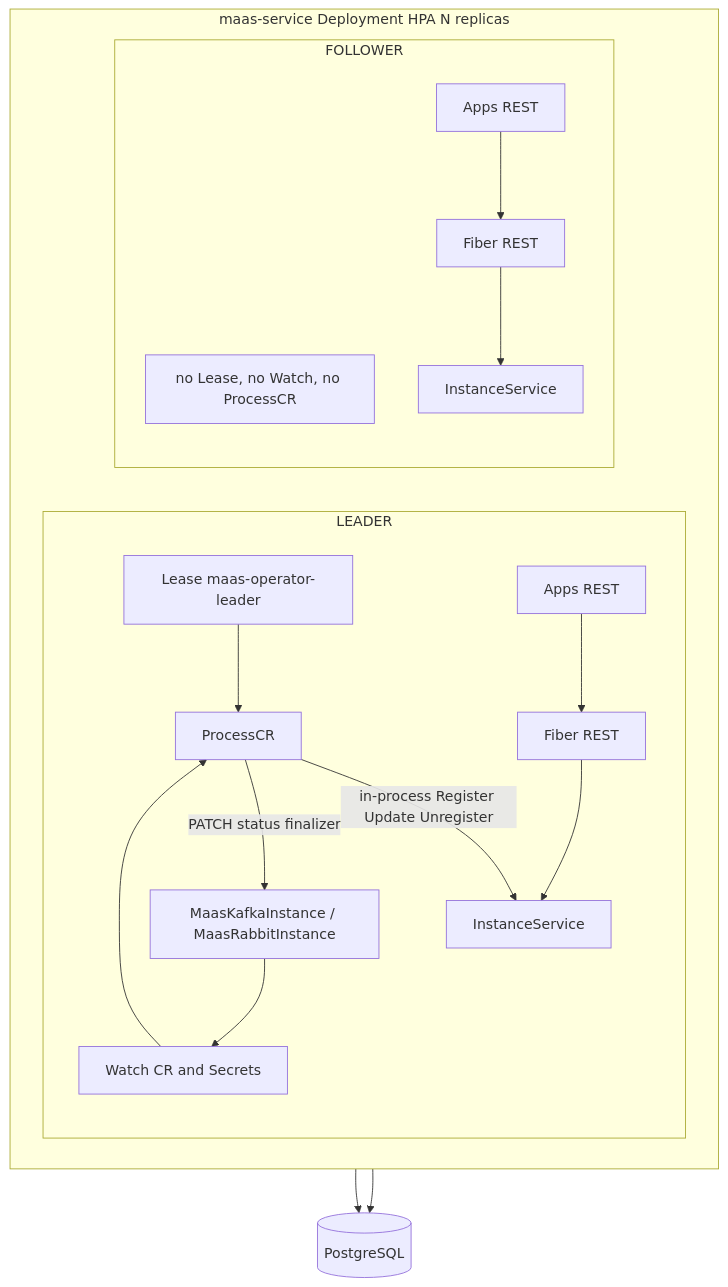
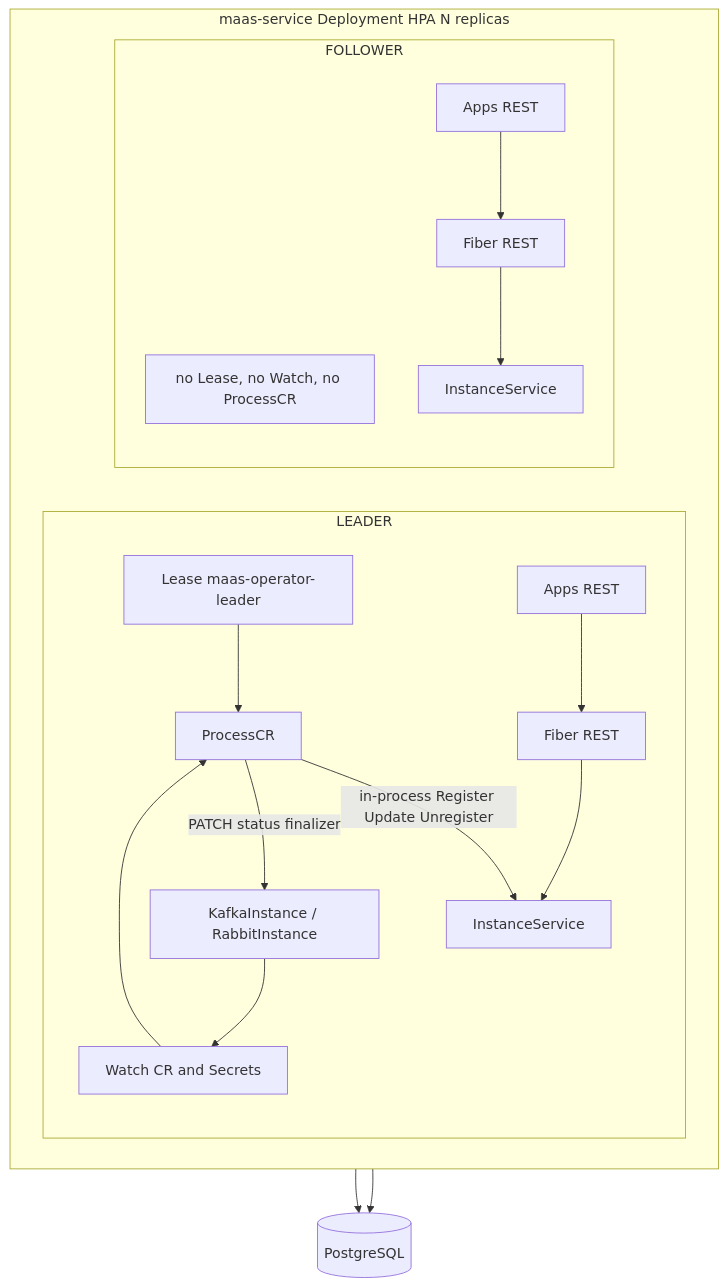
Before and after one commit to Netcracker/qubership-maas: the third of 16 diagrams in docs/operator_design.md, drawn with Mermaid. The commit also changed other lines of this file and 3 other files, not shown here.

````diff
--- a/docs/operator_design.md
+++ b/docs/operator_design.md
@@ -835,36 +833,36 @@
 ```mermaid
 flowchart TB
   subgraph pods [maas-service Deployment HPA N replicas]
     direction LR
 
     subgraph podA [LEADER]
       direction TB
       processA[ProcessCR]
       appsA[Apps REST]
       leaseA[Lease maas-operator-leader]
-      crA[MaasKafkaInstance / MaasRabbitInstance]
+      crA[KafkaInstance / RabbitInstance]
       fiberA[Fiber REST]
       recA[Watch CR and Secrets]
       instA[InstanceService]
       leaseA --> processA
       crA --> recA
       recA --> processA
       processA -->|"in-process Register Update Unregister"| instA
       appsA --> fiberA --> instA
       processA -->|"PATCH status finalizer"| crA
     end
 
     subgraph podF [FOLLOWER]
       direction TB
       noteF[no Lease, no Watch, no ProcessCR]
       appsF[Apps REST]
       fiberF[Fiber REST]
       instF[InstanceService]
       appsF --> fiberF --> instF
     end
   end
 
   pgA[(PostgreSQL)]
   instA --> pgA
   instF --> pgA
 ```
````
